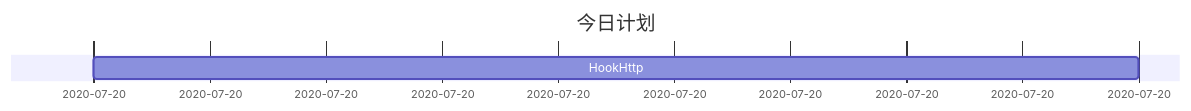
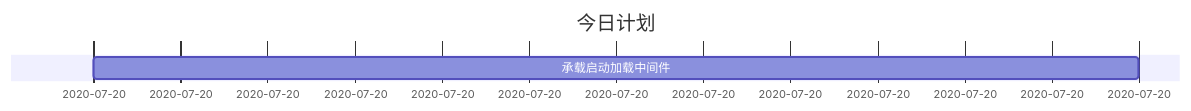
One commit to luotianqi777/Notebook changed the second of 2 diagrams in Plan.md. Above: the diagram before and after it, drawn with Mermaid. The commit also changed other lines of this file and 2 other files, not shown here.

````diff
--- a/Plan.md
+++ b/Plan.md
@@ -20,6 +20,6 @@
 ```mermaid
 gantt
 dateFormat  HH:mm
 title 今日计划
-HookHttp: 09:00, 18:00
+承载启动加载中间件: 09:00, 21:00
 ```
````
